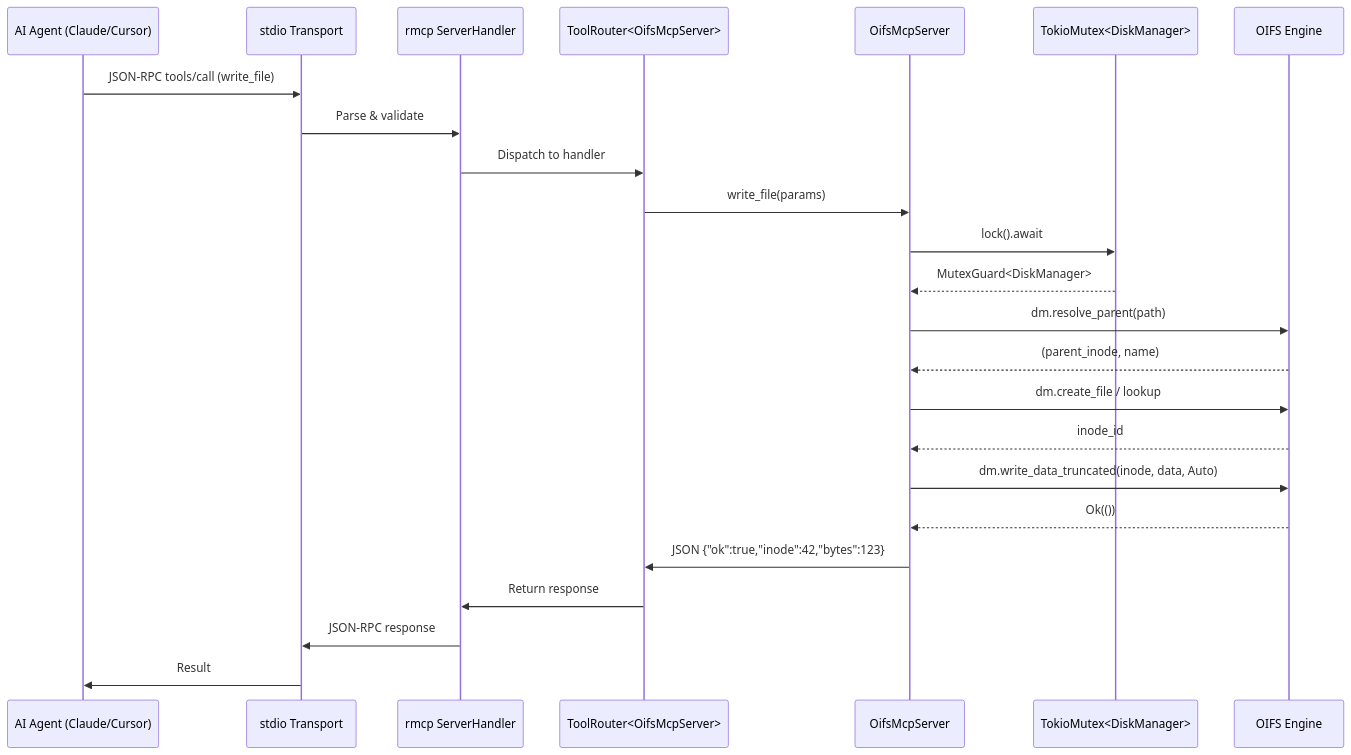
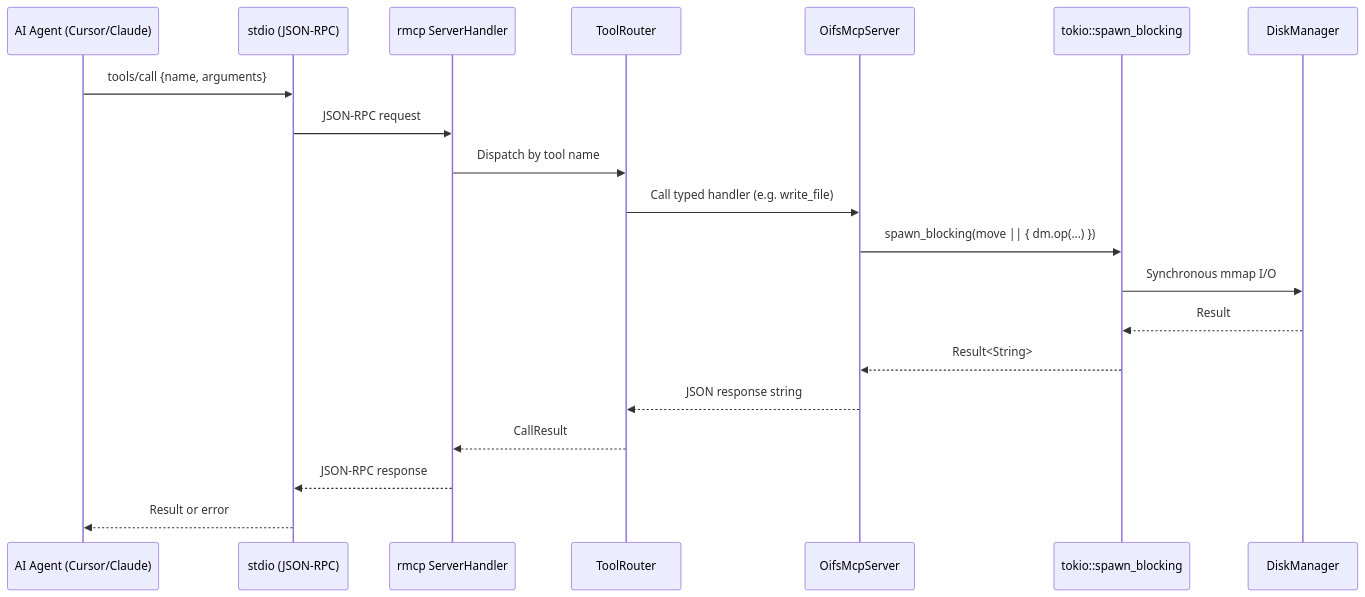
The diagram in openwiki/architecture/mcp_server.md (ych/oifs), drawn with Mermaid before and after one commit. The commit also changed other lines of this file and 55 other files, not shown here.

````diff
--- a/openwiki/architecture/mcp_server.md
+++ b/openwiki/architecture/mcp_server.md
@@ -246,27 +209,23 @@
 ```mermaid
 sequenceDiagram
-    participant Agent as AI Agent (Claude/Cursor)
-    participant Transport as stdio Transport
-    participant RMCP as rmcp ServerHandler
-    participant Router as ToolRouter<OifsMcpServer>
+    participant Agent as AI Agent (Cursor/Claude)
+    participant Transport as stdio (JSON-RPC)
+    participant Handler as rmcp ServerHandler
+    participant Router as ToolRouter
     participant Server as OifsMcpServer
-    participant DM as TokioMutex<DiskManager>
-    participant Engine as OIFS Engine
+    participant Blocking as tokio::spawn_blocking
+    participant DM as DiskManager
 
-    Agent->>Transport: JSON-RPC tools/call (write_file)
-    Transport->>RMCP: Parse & validate
-    RMCP->>Router: Dispatch to handler
-    Router->>Server: write_file(params)
-    Server->>DM: lock().await
-    DM-->>Server: MutexGuard<DiskManager>
-    Server->>Engine: dm.resolve_parent(path)
-    Engine-->>Server: (parent_inode, name)
-    Server->>Engine: dm.create_file / lookup
-    Engine-->>Server: inode_id
-    Server->>Engine: dm.write_data_truncated(inode, data, Auto)
-    Engine-->>Server: Ok(())
-    Server->>Router: JSON {"ok":true,"inode":42,"bytes":123}
-    Router->>RMCP: Return response
-    RMCP->>Transport: JSON-RPC response
-    Transport->>Agent: Result
+    Agent->>Transport: tools/call {name, arguments}
+    Transport->>Handler: JSON-RPC request
+    Handler->>Router: Dispatch by tool name
+    Router->>Server: Call typed handler (e.g. write_file)
+    Server->>Blocking: spawn_blocking(move || { dm.op(...) })
+    Blocking->>DM: Synchronous mmap I/O
+    DM-->>Blocking: Result
+    Blocking-->>Server: Result<String>
+    Server-->>Router: JSON response string
+    Router-->>Handler: CallResult
+    Handler-->>Transport: JSON-RPC response
+    Transport-->>Agent: Result or error
 ```
````
